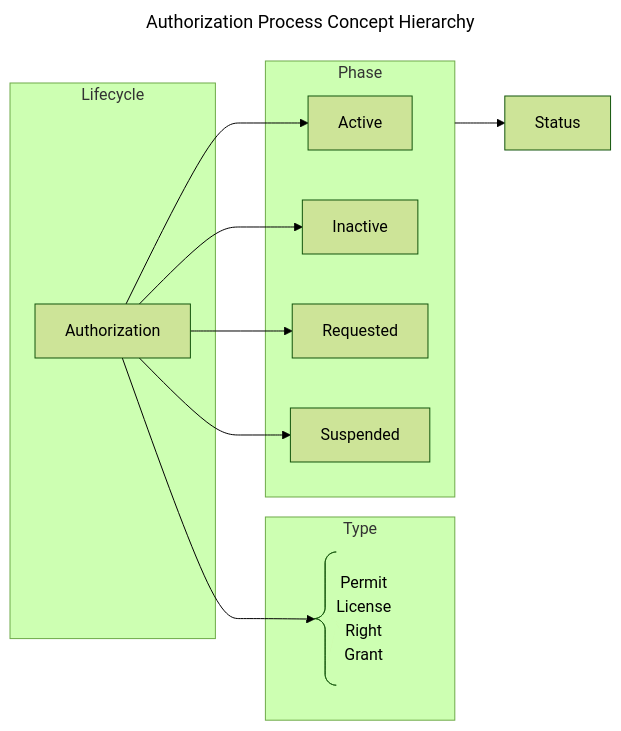
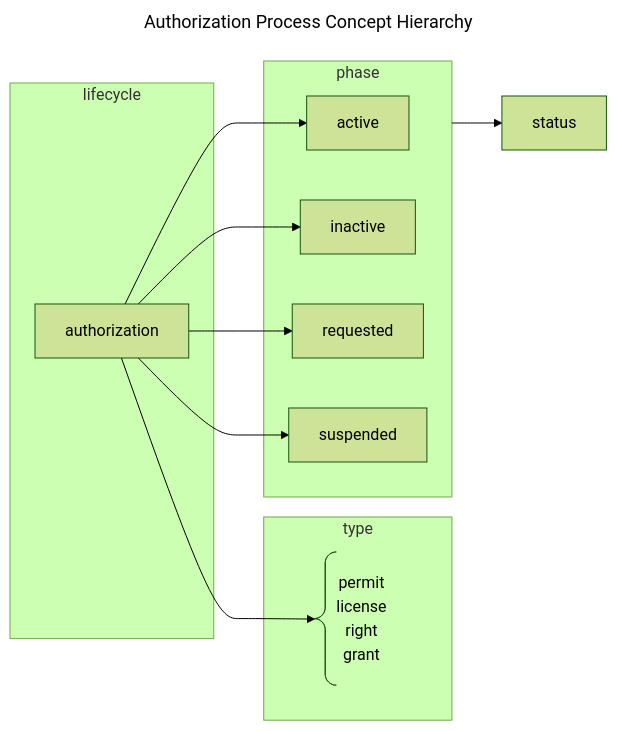
One commit to bcgov/nr-pies changed the second of 2 diagrams in docs/spec/concept/process_tracking.md. Above: the diagram before and after it, drawn with Mermaid (forest theme). The commit also changed other lines of this file and 4 other files, not shown here.

````diff
--- a/docs/spec/concept/process_tracking.md
+++ b/docs/spec/concept/process_tracking.md
@@ -101,33 +101,33 @@
 ```mermaid
 ---
 title: Authorization Process Concept Hierarchy
 ---
 flowchart LR
-  AuthType@{ shape: comment, label: "Permit
-  License
-  Right
-  Grant"}
+  auth_type@{ shape: comment, label: "permit
+  license
+  right
+  grant"}
 
-  Authorization --> Active
-  Authorization --> Inactive
-  Authorization --> Requested
-  Authorization --> Suspended
-  Authorization --> AuthType
+  authorization --> active
+  authorization --> inactive
+  authorization --> requested
+  authorization --> suspended
+  authorization --> auth_type
 
-  Phase --> Status
+  phase --> status
 
-  subgraph Lifecycle
-    Authorization
+  subgraph lifecycle
+    authorization
   end
 
-  subgraph Type
-    AuthType
+  subgraph type
+    auth_type
   end
 
-  subgraph Phase
-    Active
-    Inactive
-    Requested
-    Suspended
+  subgraph phase
+    active
+    inactive
+    requested
+    suspended
   end
 ```
````
